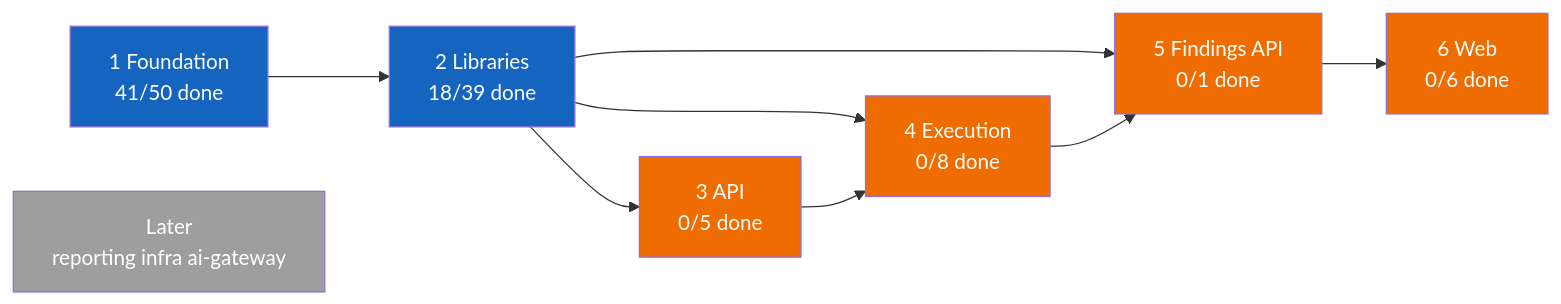
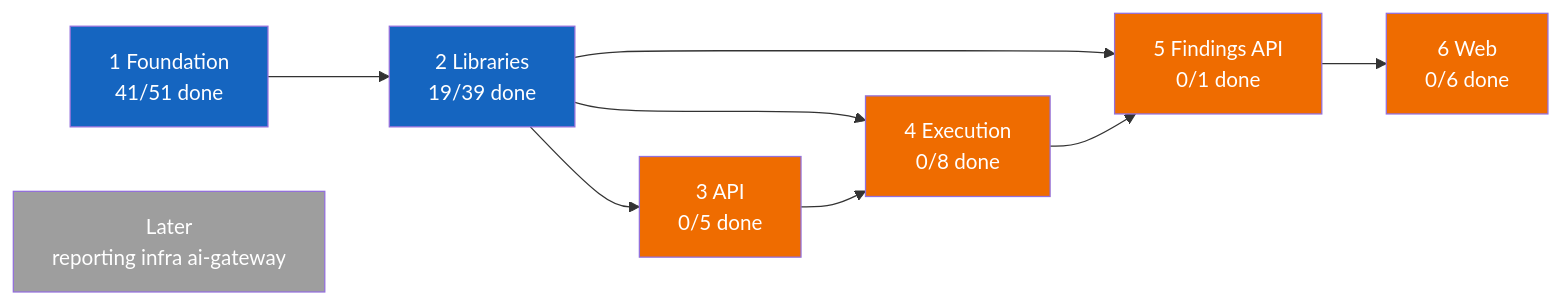
Before and after one commit to vulcanflow/docs: the first of 2 diagrams in PROGRESS.md, drawn with Mermaid. The commit also changed other lines of this file and 1 other file, not shown here.

````diff
--- a/PROGRESS.md
+++ b/PROGRESS.md
@@ -24,31 +24,31 @@
 ```mermaid
 flowchart LR
-  P1["1 Foundation<br/>41/50 done"]
-  P2["2 Libraries<br/>18/39 done"]
+  P1["1 Foundation<br/>41/51 done"]
+  P2["2 Libraries<br/>19/39 done"]
   P3["3 API<br/>0/5 done"]
   P4["4 Execution<br/>0/8 done"]
   P5["5 Findings API<br/>0/1 done"]
   P6["6 Web<br/>0/6 done"]
   L["Later<br/>reporting infra ai-gateway"]
 
   P1 --> P2
   P2 --> P3
   P2 --> P4
   P3 --> P4
   P2 --> P5
   P4 --> P5
   P5 --> P6
 
   classDef done fill:#2e7d32,color:#fff
   classDef active fill:#1565c0,color:#fff
   classDef held fill:#9e9e9e,color:#fff
   classDef blocked fill:#ef6c00,color:#fff
 
   class P1 active
   class P2 active
   class P3 blocked
   class P4 blocked
   class P5 blocked
   class P6 blocked
   class L held
 ```
````
